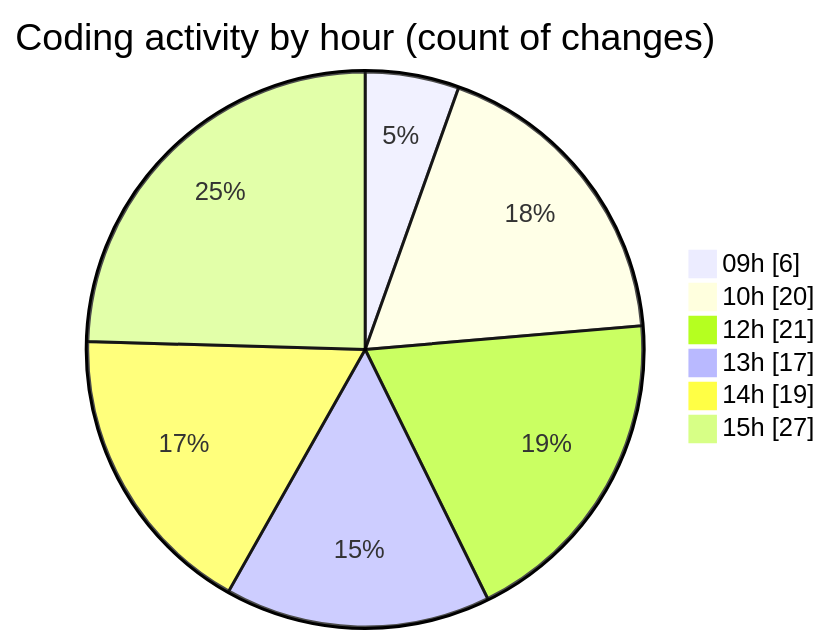
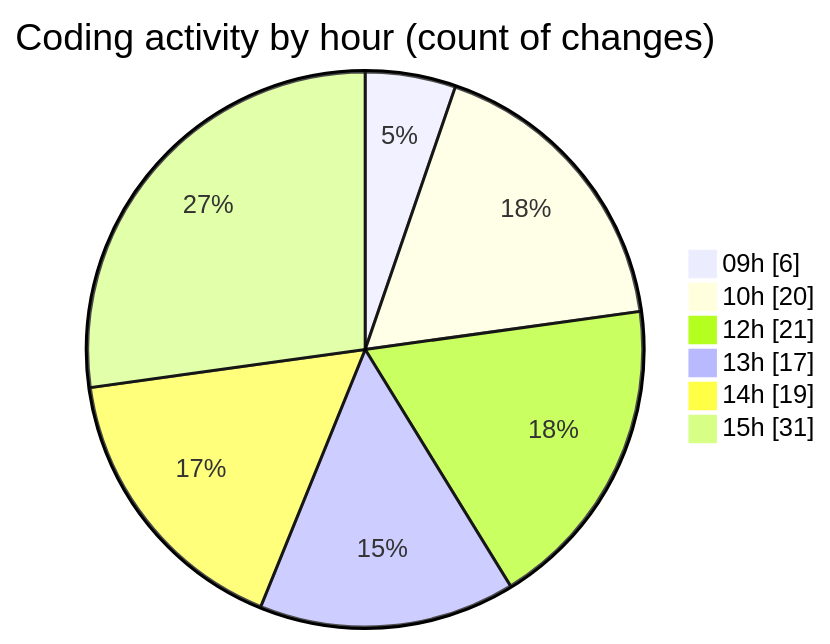
One commit to becaeroporto-bot/code-tracking changed the second of 2 diagrams in 2026-02-18/bot_v1_2/README.md. Above: the diagram before and after it, drawn with Mermaid. The commit also changed other lines of this file and 1 other file, not shown here.

````diff
--- a/2026-02-18/bot_v1_2/README.md
+++ b/2026-02-18/bot_v1_2/README.md
@@ -56,10 +56,10 @@
 ```mermaid
 pie showData
 title Coding activity by hour (count of changes)
 "09h" : 6
 "10h" : 20
 "12h" : 21
 "13h" : 17
 "14h" : 19
-"15h" : 27
+"15h" : 31
 ```
````
